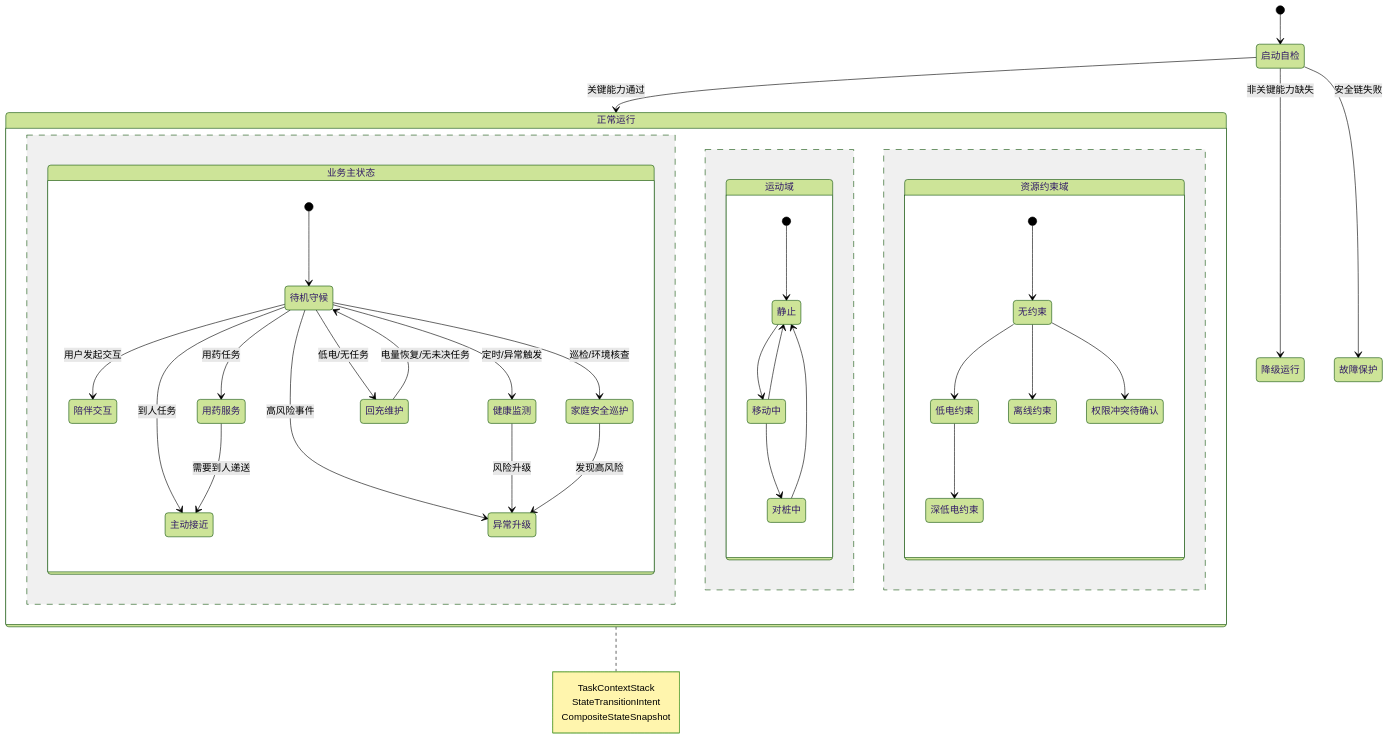
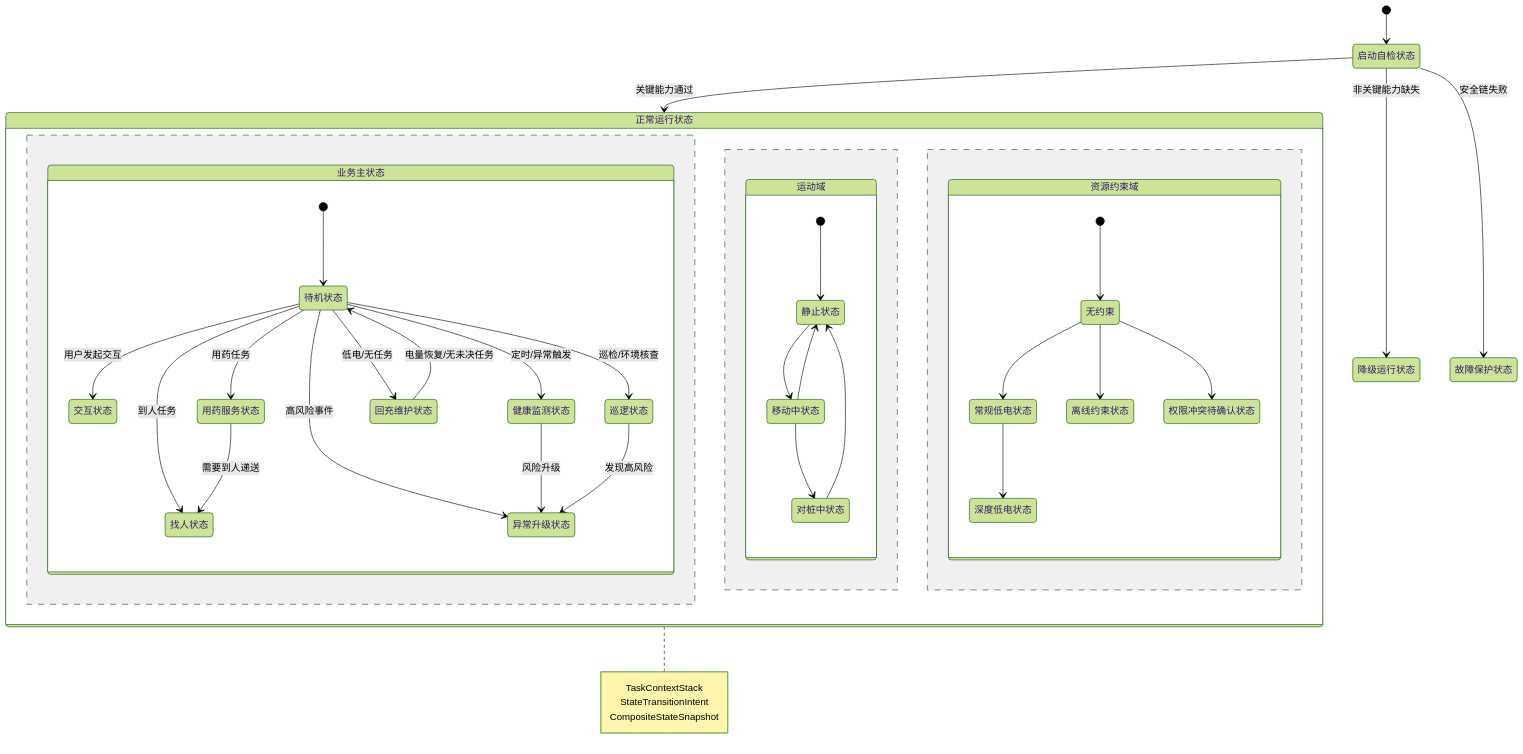
One commit to hlm12348765/Kinbot_OODA changed the fifth of 5 diagrams in docs/08_reviews/14_state_switching_requirement_review_and_state_machine_proposal.md. Above: the diagram before and after it, drawn with Mermaid (forest theme). The commit also changed other lines of this file and 3 other files, not shown here.

````diff
--- a/docs/08_reviews/14_state_switching_requirement_review_and_state_machine_proposal.md
+++ b/docs/08_reviews/14_state_switching_requirement_review_and_state_machine_proposal.md
@@ -283,47 +456,47 @@
 ```mermaid
 stateDiagram-v2
-    [*] --> 启动自检
-    启动自检 --> 正常运行: 关键能力通过
-    启动自检 --> 降级运行: 非关键能力缺失
-    启动自检 --> 故障保护: 安全链失败
+    [*] --> 启动自检状态
+    启动自检状态 --> 正常运行状态: 关键能力通过
+    启动自检状态 --> 降级运行状态: 非关键能力缺失
+    启动自检状态 --> 故障保护状态: 安全链失败
 
-    state 正常运行 {
+    state 正常运行状态 {
         state "业务主状态" as Biz {
-            [*] --> 待机守候
-            待机守候 --> 陪伴交互: 用户发起交互
-            待机守候 --> 主动接近: 到人任务
-            待机守候 --> 健康监测: 定时/异常触发
-            待机守候 --> 用药服务: 用药任务
-            待机守候 --> 家庭安全巡护: 巡检/环境核查
-            待机守候 --> 异常升级: 高风险事件
-            待机守候 --> 回充维护: 低电/无任务
+            [*] --> 待机状态
+            待机状态 --> 交互状态: 用户发起交互
+            待机状态 --> 找人状态: 到人任务
+            待机状态 --> 健康监测状态: 定时/异常触发
+            待机状态 --> 用药服务状态: 用药任务
+            待机状态 --> 巡逻状态: 巡检/环境核查
+            待机状态 --> 异常升级状态: 高风险事件
+            待机状态 --> 回充维护状态: 低电/无任务
 
-            健康监测 --> 异常升级: 风险升级
-            用药服务 --> 主动接近: 需要到人递送
-            家庭安全巡护 --> 异常升级: 发现高风险
-            回充维护 --> 待机守候: 电量恢复/无未决任务
+            健康监测状态 --> 异常升级状态: 风险升级
+            用药服务状态 --> 找人状态: 需要到人递送
+            巡逻状态 --> 异常升级状态: 发现高风险
+            回充维护状态 --> 待机状态: 电量恢复/无未决任务
         }
         --
         state "运动域" as Motion {
-            [*] --> 静止
-            静止 --> 移动中
-            移动中 --> 静止
-            移动中 --> 对桩中
-            对桩中 --> 静止
+            [*] --> 静止状态
+            静止状态 --> 移动中状态
+            移动中状态 --> 静止状态
+            移动中状态 --> 对桩中状态
+            对桩中状态 --> 静止状态
         }
         --
         state "资源约束域" as Constraint {
             [*] --> 无约束
-            无约束 --> 低电约束
-            低电约束 --> 深低电约束
-            无约束 --> 离线约束
-            无约束 --> 权限冲突待确认
+            无约束 --> 常规低电状态
+            常规低电状态 --> 深度低电状态
+            无约束 --> 离线约束状态
+            无约束 --> 权限冲突待确认状态
         }
     }
 
-    note right of 正常运行
+    note right of 正常运行状态
         TaskContextStack
         StateTransitionIntent
         CompositeStateSnapshot
     end note
 ```
````
